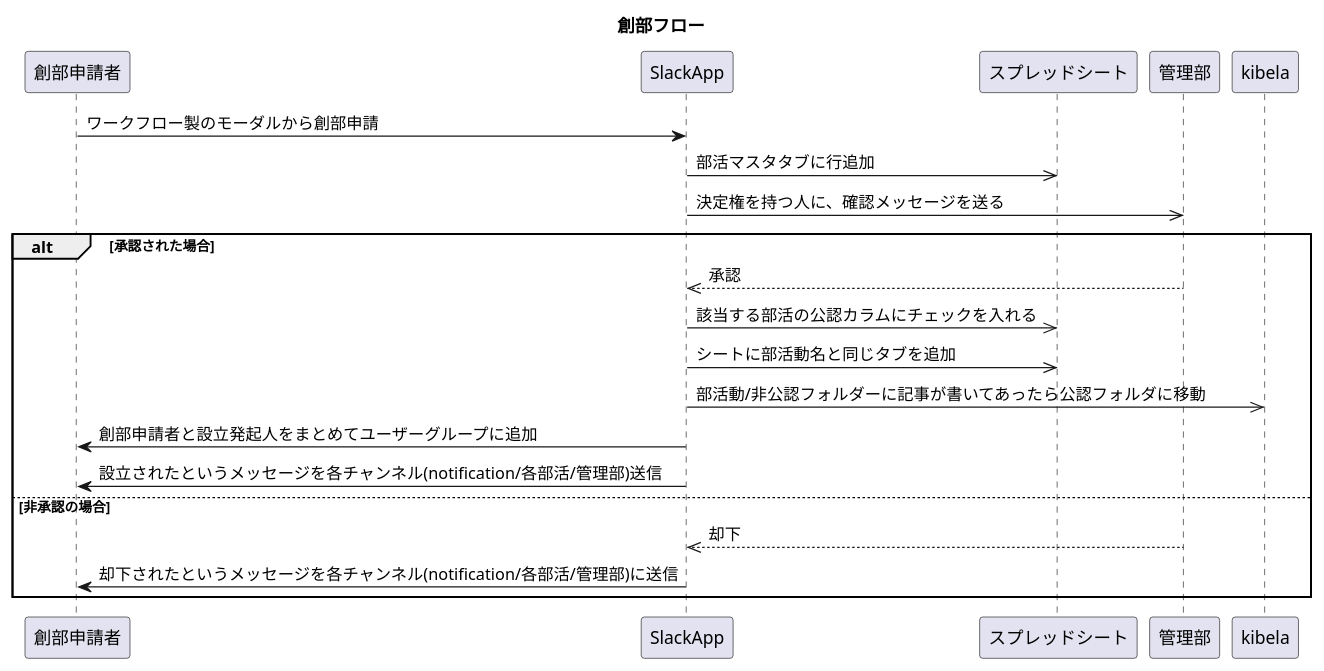
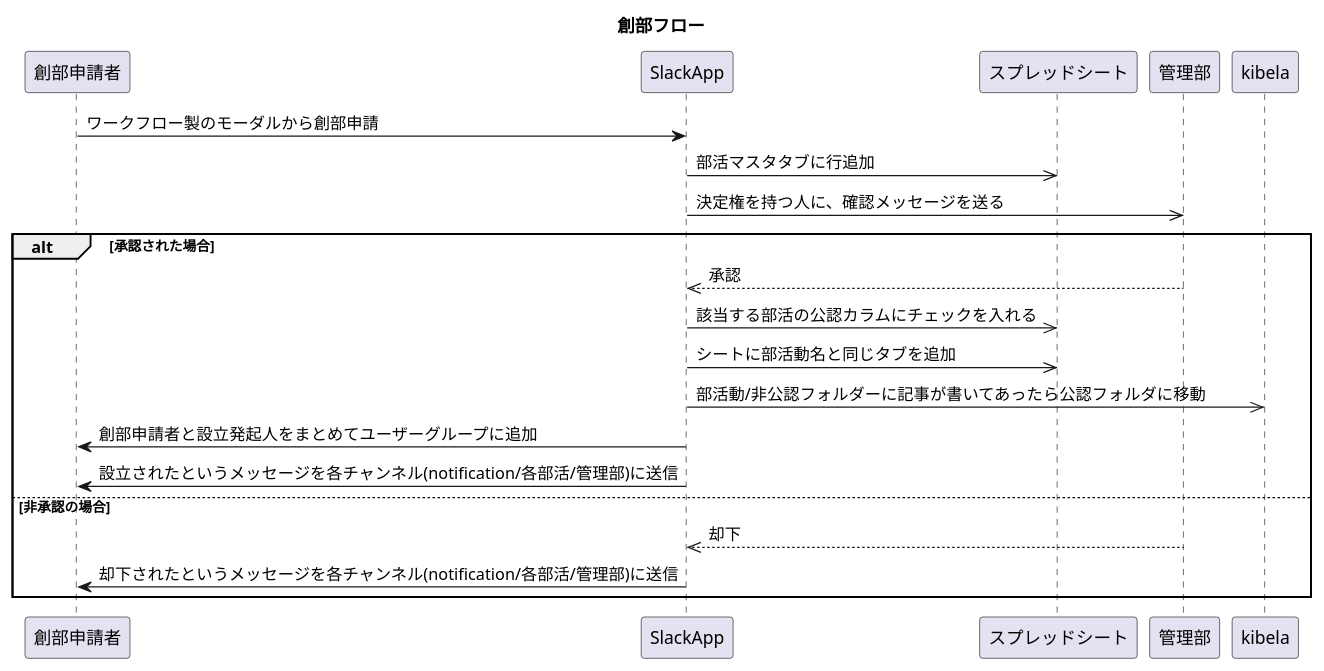
Before and after one commit to tam-bourine/club-entry-manager: the diagram in docs/sequence-diagram/CreateClub.pu, drawn with PlantUML.

```diff
--- a/docs/sequence-diagram/CreateClub.pu
+++ b/docs/sequence-diagram/CreateClub.pu
@@ -1,19 +1,19 @@
 @startuml
 title 創部フロー
 創部申請者 -> SlackApp: ワークフロー製のモーダルから創部申請
 SlackApp ->> スプレッドシート: 部活マスタタブに行追加
 SlackApp ->> 管理部: 決定権を持つ人に、確認メッセージを送る
 
 alt 承認された場合
     管理部 -->> SlackApp: 承認
     SlackApp ->> スプレッドシート: 該当する部活の公認カラムにチェックを入れる
     SlackApp ->> スプレッドシート: シートに部活動名と同じタブを追加
     SlackApp ->> kibela: 部活動/非公認フォルダーに記事が書いてあったら公認フォルダに移動
     SlackApp -> 創部申請者: 創部申請者と設立発起人をまとめてユーザーグループに追加
-    SlackApp -> 創部申請者: 設立されたというメッセージを各チャンネル(notification/各部活/管理部)送信
+    SlackApp -> 創部申請者: 設立されたというメッセージを各チャンネル(notification/各部活/管理部)に送信
 else 非承認の場合
     管理部 -->> SlackApp: 却下
     SlackApp -> 創部申請者: 却下されたというメッセージを各チャンネル(notification/各部活/管理部)に送信
 end
 
 @enduml
```
